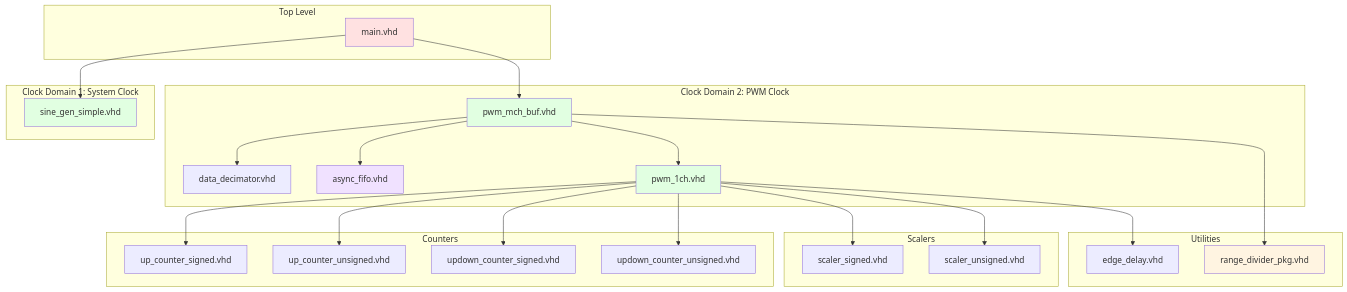
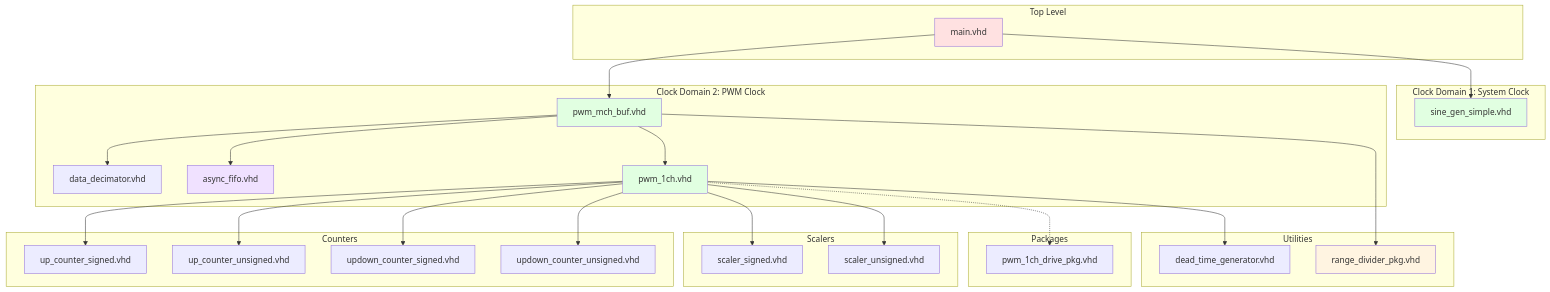
The diagram in docs/architecture/hierarchy.md (ekazakov1507/pwm_demo), drawn with Mermaid before and after one commit. The commit also changed other lines of this file and 4 other files, not shown here.

First line of the commit message:
[DOCS] PWM bipolar mode, pwm_1ch_drive_pkg, dead_time_generator

````diff
--- a/docs/architecture/hierarchy.md
+++ b/docs/architecture/hierarchy.md
@@ -136,58 +135,63 @@
 ```mermaid
 graph TB
     subgraph "Top Level"
         MAIN[main.vhd]
     end
 
     subgraph "Clock Domain 1: System Clock"
         SINE[sine_gen_simple.vhd]
     end
 
     subgraph "Clock Domain 2: PWM Clock"
         PWM_MCH_BUF[pwm_mch_buf.vhd]
         DEC[data_decimator.vhd]
         FIFO[async_fifo.vhd]
         PWM_1CH[pwm_1ch.vhd]
     end
 
     subgraph "Counters"
         CNT_UP_S[up_counter_signed.vhd]
         CNT_UP_U[up_counter_unsigned.vhd]
         CNT_UPDOWN_S[updown_counter_signed.vhd]
         CNT_UPDOWN_U[updown_counter_unsigned.vhd]
     end
 
     subgraph "Scalers"
         SCALE_S[scaler_signed.vhd]
         SCALE_U[scaler_unsigned.vhd]
     end
 
     subgraph "Utilities"
-        EDGE[edge_delay.vhd]
+        DT[dead_time_generator.vhd]
         RANGE[range_divider_pkg.vhd]
+    end
+
+    subgraph "Packages"
+        DRV[pwm_1ch_drive_pkg.vhd]
     end
 
     MAIN --> SINE
     MAIN --> PWM_MCH_BUF
 
     PWM_MCH_BUF --> DEC
     PWM_MCH_BUF --> FIFO
     PWM_MCH_BUF --> PWM_1CH
     PWM_MCH_BUF --> RANGE
 
     PWM_1CH --> CNT_UP_S
     PWM_1CH --> CNT_UP_U
     PWM_1CH --> CNT_UPDOWN_S
     PWM_1CH --> CNT_UPDOWN_U
 
     PWM_1CH --> SCALE_S
     PWM_1CH --> SCALE_U
-    PWM_1CH --> EDGE
+    PWM_1CH --> DT
+    PWM_1CH -.-> DRV
 
     style MAIN fill:#ffe1e1
     style SINE fill:#e1ffe1
     style PWM_MCH_BUF fill:#e1ffe1
     style PWM_1CH fill:#e1ffe1
     style FIFO fill:#f0e1ff
     style RANGE fill:#fff4e1
 ```
````
